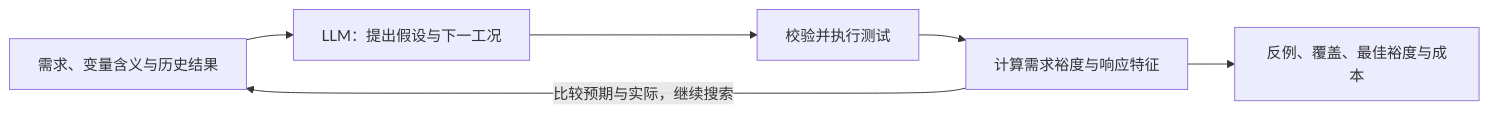
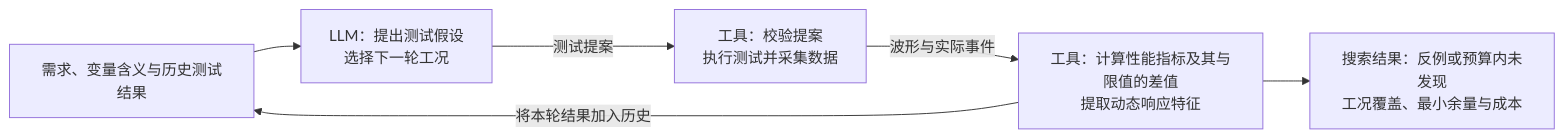
The second of 3 diagrams in docs/research/2026-11-11-hil-ai-selection/technical-selection.md (LYX2LK/Typhoon-HIL-lab-workflow), drawn with Mermaid before and after one commit. The commit also changed other lines of this file and 14 other files, not shown here.

First line of the commit message:
docs(research): 深化 HIL 大模型方法设计并完善方案与流程图

````diff
--- a/docs/research/2026-11-11-hil-ai-selection/technical-selection.md
+++ b/docs/research/2026-11-11-hil-ai-selection/technical-selection.md
@@ -62,8 +81,8 @@
 ```mermaid
 flowchart LR
-    A["需求、变量含义与历史结果"] --> B["LLM：提出假设与下一工况"]
-    B --> C["校验并执行测试"]
-    C --> D["计算需求裕度与响应特征"]
-    D -->|比较预期与实际，继续搜索| A
-    D --> O["反例、覆盖、最佳裕度与成本"]
+    A["需求、变量含义与历史测试结果"] --> B["LLM：提出测试假设<br/>选择下一轮工况"]
+    B -->|测试提案| C["工具：校验提案<br/>执行测试并采集数据"]
+    C -->|波形与实际事件| D["工具：计算性能指标及其与限值的差值<br/>提取动态响应特征"]
+    D -->|将本轮结果加入历史| A
+    D --> O["搜索结果：反例或预算内未发现<br/>工况覆盖、最小余量与成本"]
 ```
````
